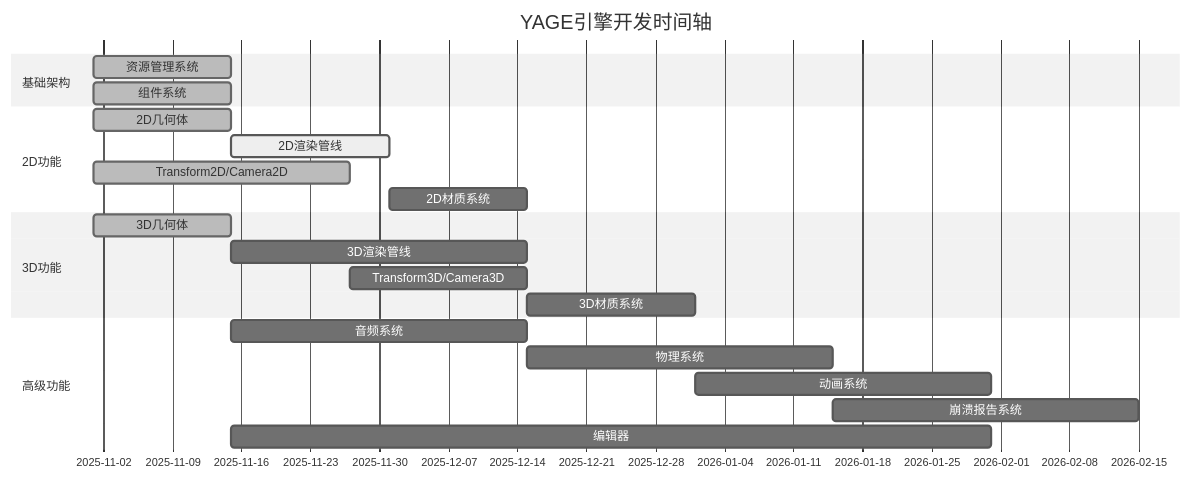
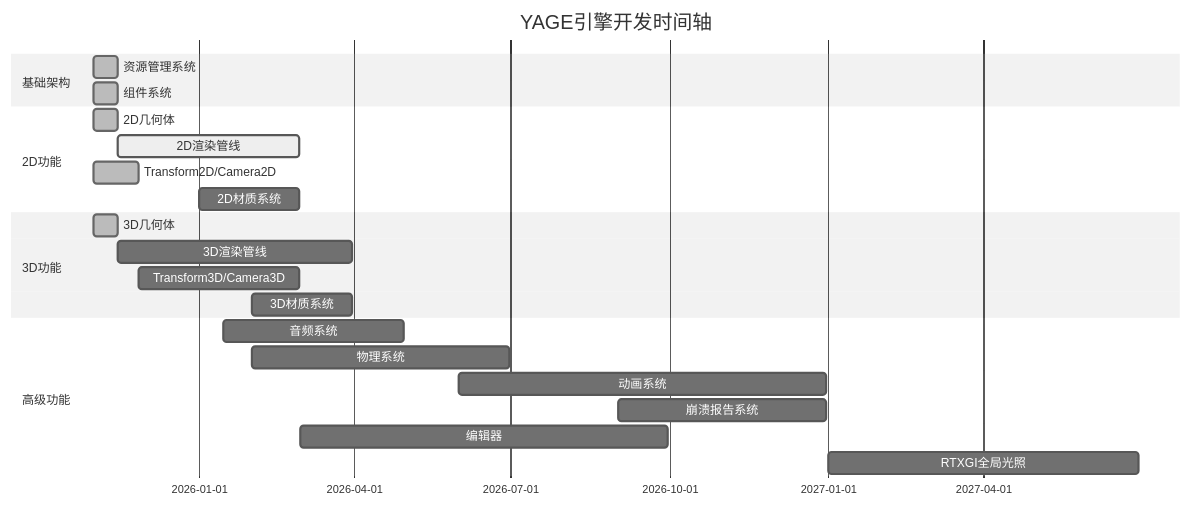
Before and after one commit to Excurs1ons/PrismaEngine: the diagram in docs/Roadmap.md, drawn with Mermaid (neutral theme). The commit also changed other lines of this file and 2 other files, not shown here.

First line of the commit message:
refactor(graphic): 重构DirectX12渲染后端帧同步逻辑

````diff
--- a/docs/Roadmap.md
+++ b/docs/Roadmap.md
@@ -8,24 +8,25 @@
 ```mermaid
 gantt
     title YAGE引擎开发时间轴
     dateFormat  YYYY-MM-DD
     section 基础架构
     资源管理系统           :done, arch1, 2025-11-01, 2025-11-15
     组件系统              :done, arch2, 2025-11-01, 2025-11-15
     section 2D功能
     2D几何体              :done, 2d1, 2025-11-01, 2025-11-15
-    2D渲染管线            :active, 2d2, 2025-11-15, 2025-12-01
+    2D渲染管线            :active, 2d2, 2025-11-15, 2026-02-28
     Transform2D/Camera2D  :done, 2d3, 2025-11-01, 2025-11-27
-    2D材质系统            :2d4, 2025-12-01, 2025-12-15
+    2D材质系统            :2d4, 2026-01-01, 2026-02-28
     section 3D功能
     3D几何体              :done, 3d1, 2025-11-01, 2025-11-15
-    3D渲染管线            :3d2, 2025-11-15, 2025-12-15
-    Transform3D/Camera3D  :3d3, 2025-11-27, 2025-12-15
-    3D材质系统            :3d4, 2025-12-15, 2026-01-01
+    3D渲染管线            :3d2, 2025-11-15, 2026-03-31
+    Transform3D/Camera3D  :3d3, 2025-11-27, 2026-02-28
+    3D材质系统            :3d4, 2026-02-01, 2026-03-31
     section 高级功能
-    音频系统              :audio, 2025-11-15, 2025-12-15
-    物理系统              :physics, 2025-12-15, 2026-01-15
-    动画系统              :animation, 2026-01-01, 2026-01-31
-    崩溃报告系统          :crashpad, 2026-01-15, 2026-02-15
-    编辑器                :editor, 2025-11-15, 2026-01-31
+    音频系统              :audio, 2026-01-15, 2026-04-30
+    物理系统              :physics, 2026-02-01, 2026-06-30
+    动画系统              :animation, 2026-06-01, 2026-12-31
+    崩溃报告系统          :crashpad, 2026-09-01, 2026-12-31
+    编辑器                :editor, 2026-03-01, 2026-09-30
+    RTXGI全局光照         :rtxgi, 2027-01-01, 2027-06-30
 ```
````
